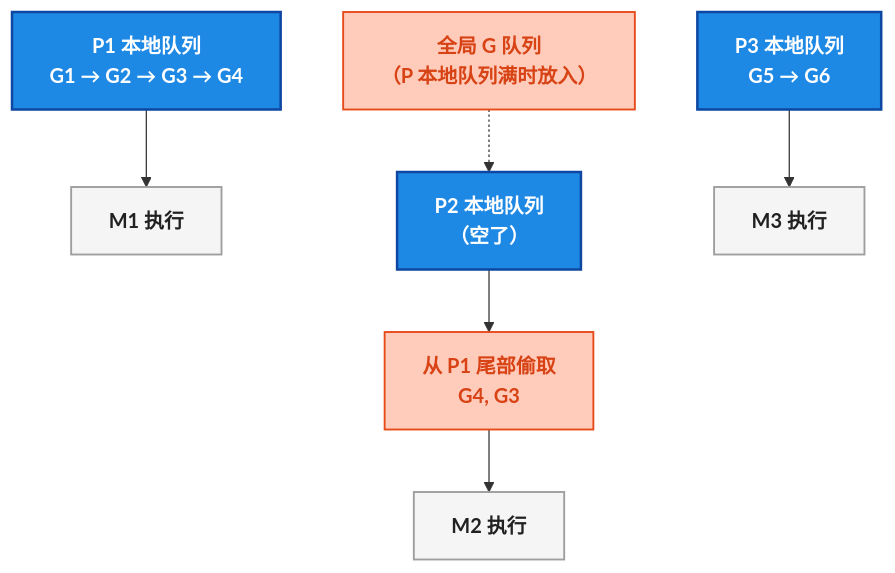
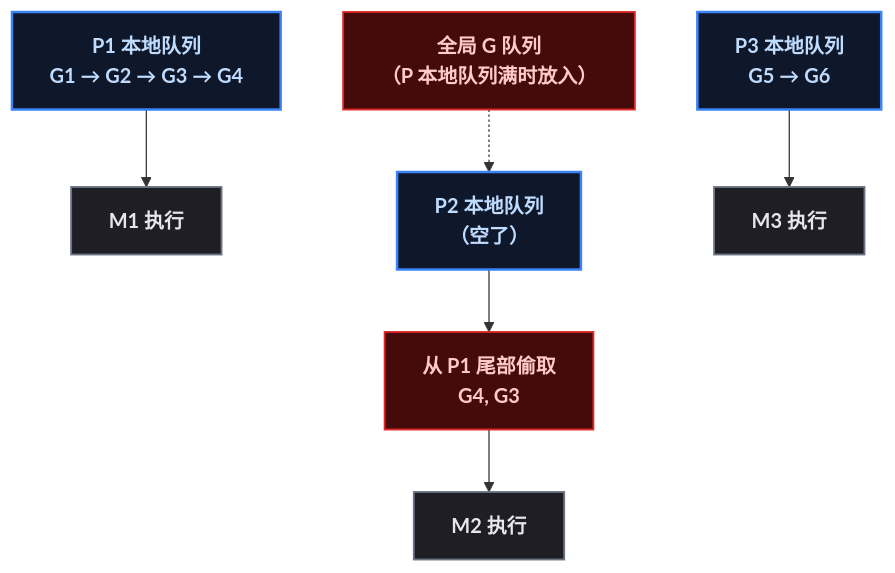
One commit to yaocat55/yaocat55.github.io changed the fourth of 8 diagrams in content/posts/go/GoRuntimeJVM.md. Above: the diagram before and after it, drawn with Mermaid. The commit also changed other lines of this file and 155 other files, not shown here.

````diff
--- a/content/posts/go/GoRuntimeJVM.md
+++ b/content/posts/go/GoRuntimeJVM.md
@@ -89,18 +148,18 @@
 ```mermaid
 flowchart TD
-    P1["P1 本地队列<br/>G1 → G2 → G3 → G4"] --> M1["M1 执行"]
-    P2["P2 本地队列<br/>（空了）"] --> Steal["从 P1 尾部偷取<br/>G4, G3"]
+    P1["P1 本地队列\nG1 → G2 → G3 → G4"] --> M1["M1 执行"]
+    P2["P2 本地队列\n（空了）"] --> Steal["从 P1 尾部偷取\nG4, G3"]
     Steal --> M2["M2 执行"]
 
-    P3["P3 本地队列<br/>G5 → G6"] --> M3["M3 执行"]
+    P3["P3 本地队列\nG5 → G6"] --> M3["M3 执行"]
 
-    Global["全局 G 队列<br/>（P 本地队列满时放入）"] -.-> P2
+    Global["全局 G 队列\n（P 本地队列满时放入）"] -.-> P2
 
-    classDef root fill:#1E88E5,stroke:#0D47A1,stroke-width:2px,color:#FFFFFF,font-weight:bold
-    classDef process fill:#F5F5F5,stroke:#9E9E9E,stroke-width:1.5px,color:#212121
-    classDef highlight fill:#FFCCBC,stroke:#E64A19,stroke-width:1.5px,color:#D84315,font-weight:bold
+classDef root fill:#0f172a,stroke:#3b82f6,stroke-width:2px,color:#bfdbfe,font-weight:bold;
+classDef process fill:#1e1e24,stroke:#6b7280,stroke-width:1.5px,color:#e5e7eb;
+classDef highlight fill:#450a0a,stroke:#dc2626,stroke-width:1.5px,color:#fecaca,font-weight:bold;
 
     class P1,P2,P3 root
     class M1,M2,M3 process
     class Steal,Global highlight
 ```
````
